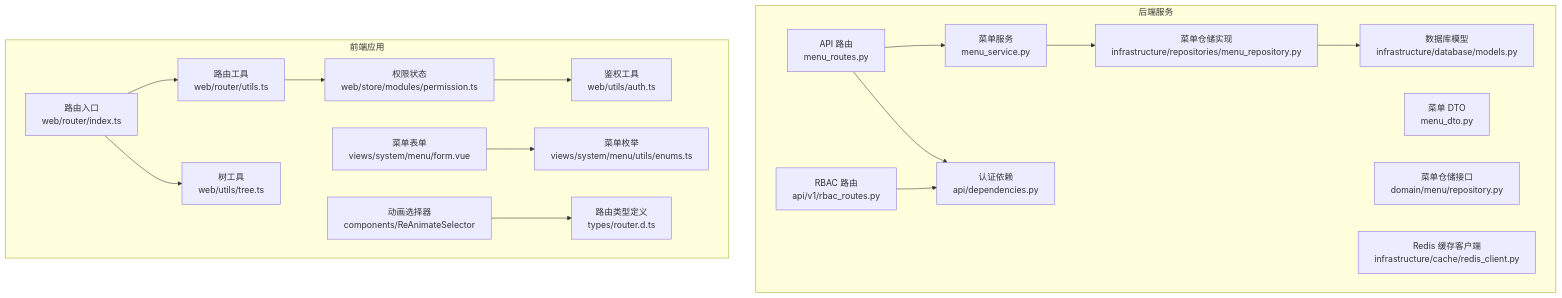
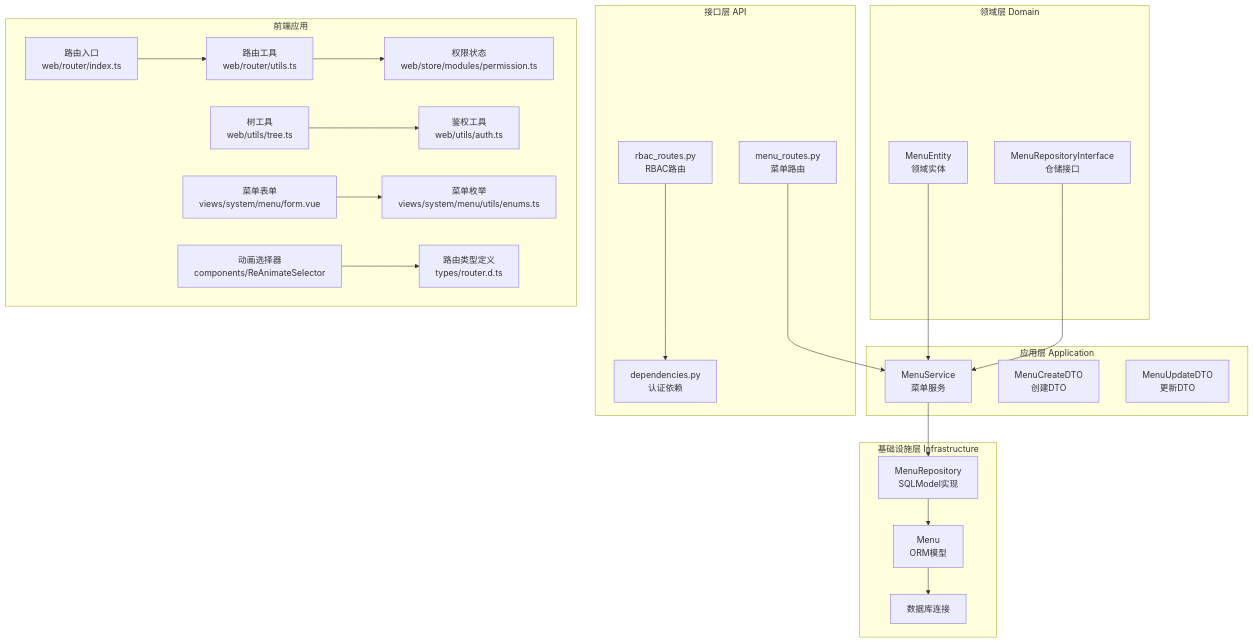
Before and after one commit to taoweidong/Hello-FastApi: the first of 10 diagrams in .qoder/repowiki/zh/content/项目概述/核心特性/动态菜单生成.md, drawn with Mermaid. The commit also changed other lines of this file and 18 other files, not shown here.

````diff
--- a/.qoder/repowiki/zh/content/项目概述/核心特性/动态菜单生成.md
+++ b/.qoder/repowiki/zh/content/项目概述/核心特性/动态菜单生成.md
@@ -62,36 +67,45 @@
 ```mermaid
 graph TB
-subgraph "后端服务"
-A["API 路由<br/>menu_routes.py"]
-B["菜单服务<br/>menu_service.py"]
-C["菜单 DTO<br/>menu_dto.py"]
-D["菜单仓储接口<br/>domain/menu/repository.py"]
-E["菜单仓储实现<br/>infrastructure/repositories/menu_repository.py"]
-F["数据库模型<br/>infrastructure/database/models.py"]
-G["RBAC 路由<br/>api/v1/rbac_routes.py"]
-H["认证依赖<br/>api/dependencies.py"]
-I["Redis 缓存客户端<br/>infrastructure/cache/redis_client.py"]
+subgraph "领域层 Domain"
+A["MenuEntity<br/>领域实体"]
+B["MenuRepositoryInterface<br/>仓储接口"]
+end
+subgraph "应用层 Application"
+C["MenuService<br/>菜单服务"]
+D["MenuCreateDTO<br/>创建DTO"]
+E["MenuUpdateDTO<br/>更新DTO"]
+end
+subgraph "基础设施层 Infrastructure"
+F["MenuRepository<br/>SQLModel实现"]
+G["Menu<br/>ORM模型"]
+H["数据库连接"]
+end
+subgraph "接口层 API"
+I["menu_routes.py<br/>菜单路由"]
+J["rbac_routes.py<br/>RBAC路由"]
+K["dependencies.py<br/>认证依赖"]
 end
 subgraph "前端应用"
-J["路由入口<br/>web/router/index.ts"]
-K["路由工具<br/>web/router/utils.ts"]
-L["权限状态<br/>web/store/modules/permission.ts"]
-M["树工具<br/>web/utils/tree.ts"]
-N["鉴权工具<br/>web/utils/auth.ts"]
-O["菜单表单<br/>views/system/menu/form.vue"]
-P["菜单枚举<br/>views/system/menu/utils/enums.ts"]
-Q["动画选择器<br/>components/ReAnimateSelector"]
-R["路由类型定义<br/>types/router.d.ts"]
+L["路由入口<br/>web/router/index.ts"]
+M["路由工具<br/>web/router/utils.ts"]
+N["权限状态<br/>web/store/modules/permission.ts"]
+O["树工具<br/>web/utils/tree.ts"]
+P["鉴权工具<br/>web/utils/auth.ts"]
+Q["菜单表单<br/>views/system/menu/form.vue"]
+R["菜单枚举<br/>views/system/menu/utils/enums.ts"]
+S["动画选择器<br/>components/ReAnimateSelector"]
+T["路由类型定义<br/>types/router.d.ts"]
 end
-A --> B
-B --> E
-E --> F
-A --> H
+A --> C
+B --> C
+C --> F
+F --> G
 G --> H
+I --> C
 J --> K
-K --> L
-J --> M
-L --> N
+L --> M
+M --> N
 O --> P
 Q --> R
+S --> T
 ```
````
